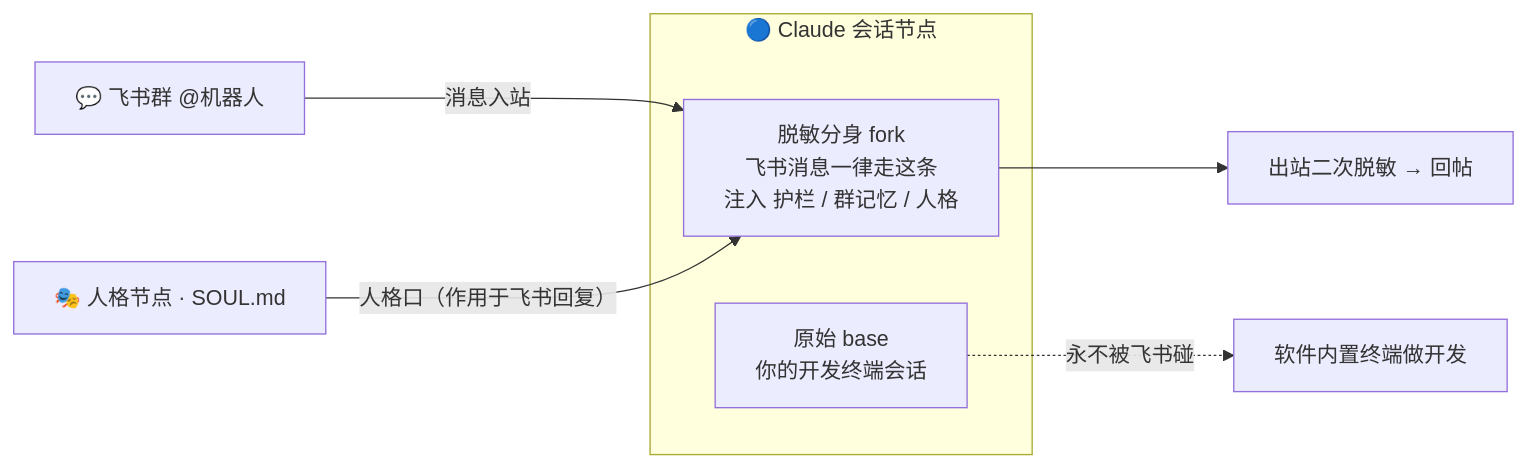
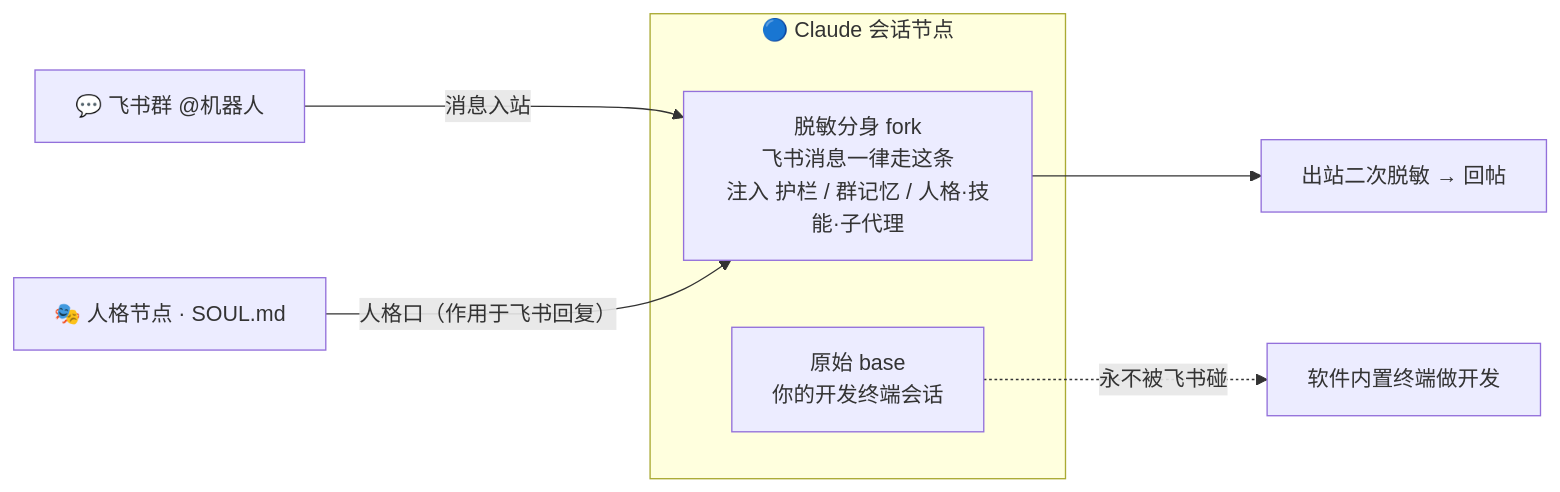
One commit to RudAns/OblivionisAgent changed the second of 3 diagrams in README.md. Above: the diagram before and after it, drawn with Mermaid. The commit also changed other lines of this file, not shown here.

````diff
--- a/README.md
+++ b/README.md
@@ -99,13 +99,13 @@
 ```mermaid
 flowchart LR
     FS["💬 飞书群 @机器人"]
     SOUL["🎭 人格节点 · SOUL.md"]
     subgraph CS["🔵 Claude 会话节点"]
         BASE["原始 base<br/>你的开发终端会话"]
-        FORK["脱敏分身 fork<br/>飞书消息一律走这条<br/>注入 护栏 / 群记忆 / 人格"]
+        FORK["脱敏分身 fork<br/>飞书消息一律走这条<br/>注入 护栏 / 群记忆 / 人格·技能·子代理"]
     end
     FS -->|消息入站| FORK
     SOUL -->|"人格口（作用于飞书回复）"| FORK
     FORK --> OUT["出站二次脱敏 → 回帖"]
     BASE -.->|"永不被飞书碰"| TERM["软件内置终端做开发"]
 ```
````
